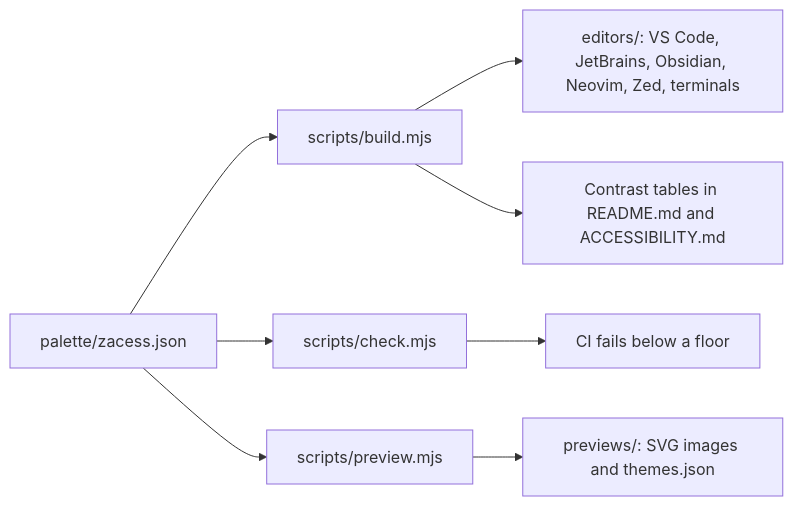
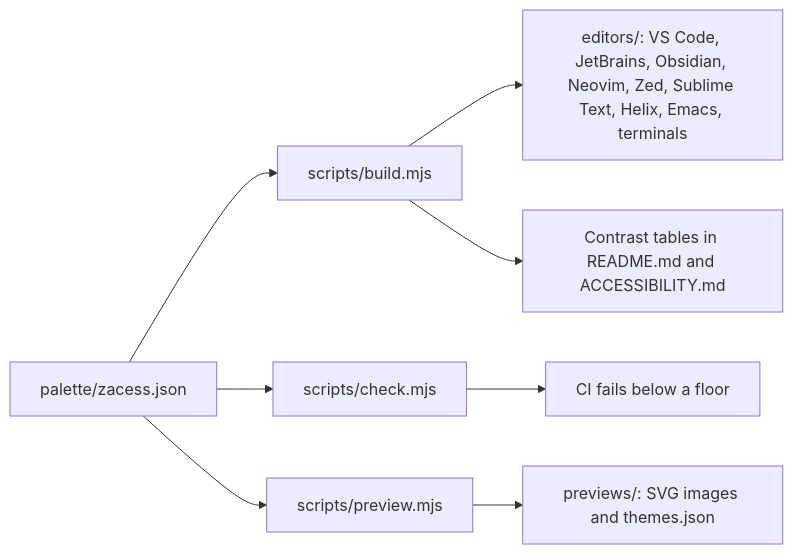
One commit to zacesshq/themes changed the diagram in README.md. Above: the diagram before and after it, drawn with Mermaid. The commit also changed other lines of this file and 33 other files, not shown here.

First line of the commit message:
feat: add Sublime Text, Helix and Emacs and release 0.1.4 (#11)

````diff
--- a/README.md
+++ b/README.md
@@ -116,10 +154,10 @@
 ```mermaid
 flowchart LR
     Palette["palette/zacess.json"] --> Build["scripts/build.mjs"]
     Palette --> Check["scripts/check.mjs"]
     Palette --> Preview["scripts/preview.mjs"]
-    Build --> Editors["editors/: VS Code, JetBrains, Obsidian, Neovim, Zed, terminals"]
+    Build --> Editors["editors/: VS Code, JetBrains, Obsidian, Neovim, Zed, Sublime Text, Helix, Emacs, terminals"]
     Build --> Tables["Contrast tables in README.md and ACCESSIBILITY.md"]
     Preview --> Previews["previews/: SVG images and themes.json"]
     Check --> CI["CI fails below a floor"]
 ```
````
